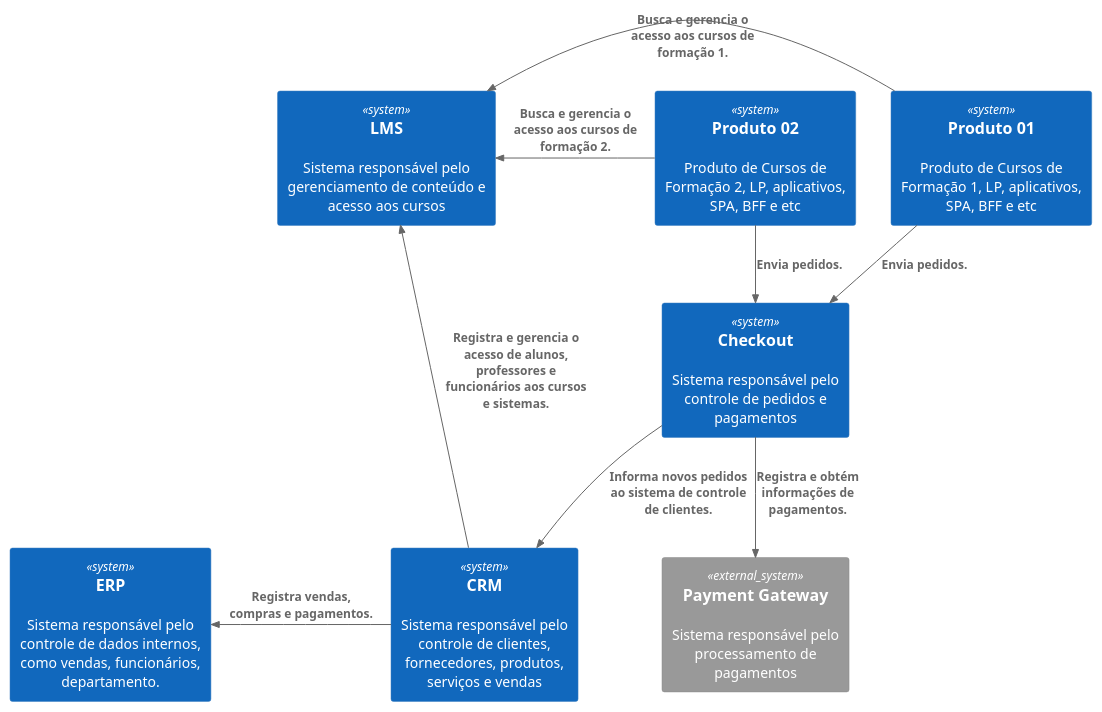
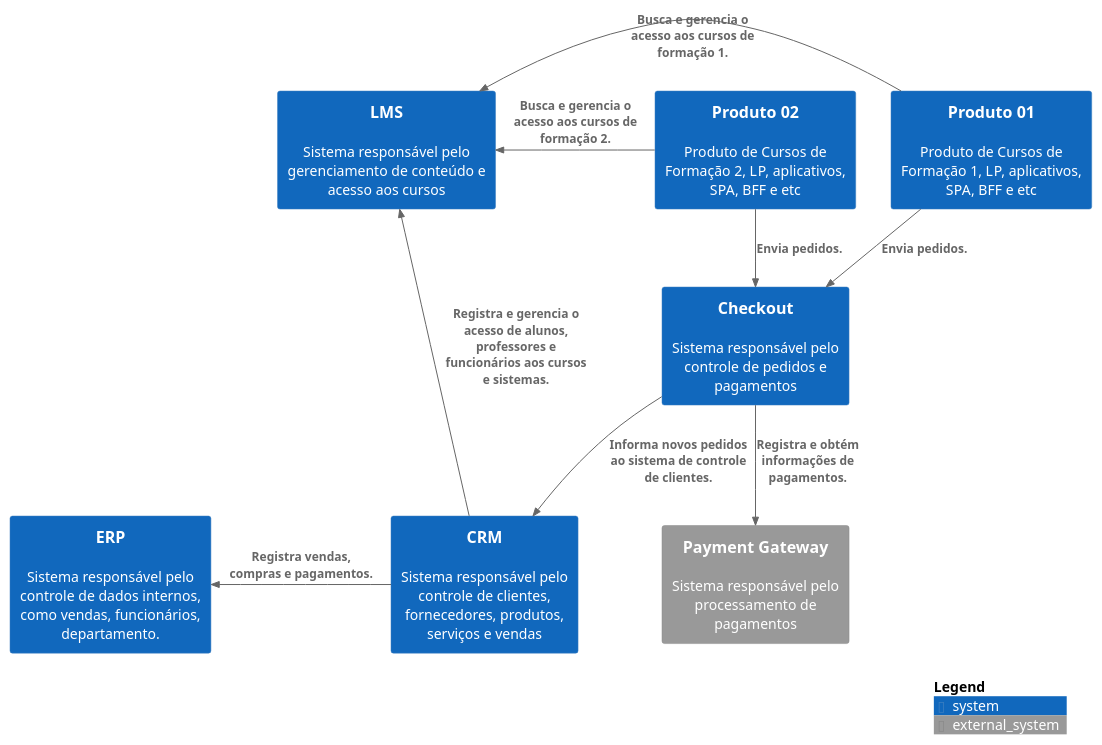
The diagram in context.puml (OliveiraCleidson/c4-example), drawn with PlantUML before and after one commit. The commit also changed 1 other file, not shown here.

Commit message:
feat: adicionado diagrama nivel de container

```diff
--- a/context.puml
+++ b/context.puml
@@ -1,27 +1,28 @@
 @startuml
 !include https://raw.githubusercontent.com/plantuml-stdlib/C4-PlantUML/master/C4_Container.puml
 
 System(crm, "CRM", "Sistema responsável pelo controle de clientes, fornecedores, produtos, serviços e vendas")
 System(lms, "LMS", "Sistema responsável pelo gerenciamento de conteúdo e acesso aos cursos")
 System(erp, "ERP", "Sistema responsável pelo controle de dados internos, como vendas, funcionários, departamento.")
 System(checkout, "Checkout", "Sistema responsável pelo controle de pedidos e pagamentos")
 System(p1, "Produto 01", "Produto de Cursos de Formação 1, LP, aplicativos, SPA, BFF e etc")
 System(p2, "Produto 02", "Produto de Cursos de Formação 2, LP, aplicativos, SPA, BFF e etc")
 System_Ext(paymentGateway, "Payment Gateway", "Sistema responsável pelo processamento de pagamentos")
 
 
 
 ' Relacionamento internos
 Rel(crm, lms, "Registra e gerencia o acesso de alunos, professores e funcionários aos cursos e sistemas.")
 Rel_L(crm, erp, "Registra vendas, compras e pagamentos.")
 Rel(checkout, crm, "Informa novos pedidos ao sistema de controle de clientes.")
 Rel_L(p1, lms, "Busca e gerencia o acesso aos cursos de formação 1.")
 Rel_L(p2, lms, "Busca e gerencia o acesso aos cursos de formação 2.")
 
 Rel(p1, checkout, "Envia pedidos.")
 Rel(p2, checkout, "Envia pedidos.")
 
 ' Relacionamentos Externos
 Rel(checkout, paymentGateway, "Registra e obtém informações de pagamentos.")
 
+SHOW_LEGEND()
 @enduml
```
